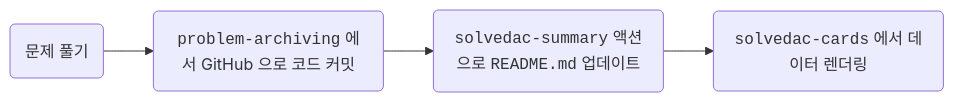
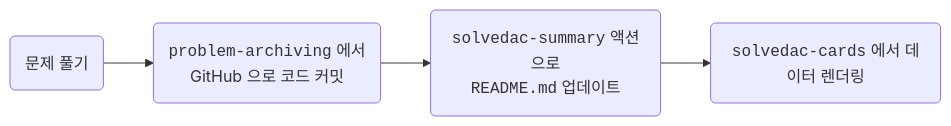
The diagram in README.md (seheon99/problem-solving), drawn with Mermaid before and after one commit.

Commit message:
Improve flowchart formatting in README.md
Update flowchart in README.md to improve readability.

````diff
--- a/README.md
+++ b/README.md
@@ -25,9 +25,9 @@
 ```mermaid
 flowchart LR
   solve(문제 풀기)
-  detect(<code>problem-archiving</code> 에서 GitHub 으로 코드 커밋)
-  action(<code>solvedac-summary</code> 액션으로 <code>README.md</code> 업데이트)
+  detect(<code>problem-archiving</code> 에서<br>GitHub 으로 코드 커밋)
+  action(<code>solvedac-summary</code> 액션으로<br><code>README.md</code> 업데이트)
   show(<code>solvedac-cards</code> 에서 데이터 렌더링)
 
   solve --> detect --> action --> show
 ```
````
